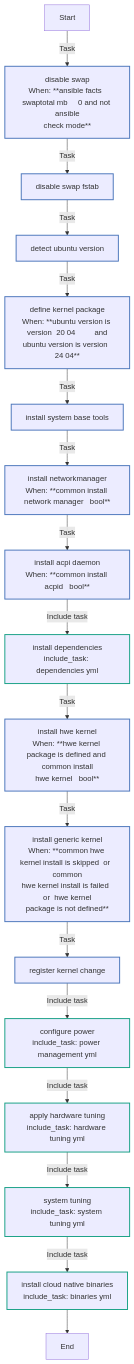
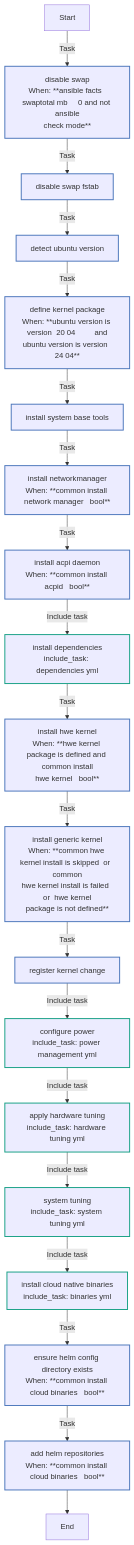
One commit to rou-cru/k3s-homelab changed the fourth of 7 diagrams in roles/common/README.md. Above: the diagram before and after it, drawn with Mermaid. The commit also changed other lines of this file and 26 other files, not shown here.

````diff
--- a/roles/common/README.md
+++ b/roles/common/README.md
@@ -619,29 +566,31 @@
 ```mermaid
 flowchart TD
 Start
 classDef block stroke:#3498db,stroke-width:2px;
 classDef task stroke:#4b76bb,stroke-width:2px;
 classDef includeTasks stroke:#16a085,stroke-width:2px;
 classDef importTasks stroke:#34495e,stroke-width:2px;
 classDef includeRole stroke:#2980b9,stroke-width:2px;
 classDef importRole stroke:#699ba7,stroke-width:2px;
 classDef includeVars stroke:#8e44ad,stroke-width:2px;
 classDef rescue stroke:#665352,stroke-width:2px;
 
   Start-->|Task| Disable_swap0[disable swap<br>When: **ansible facts  swaptotal mb     0 and not ansible<br>check mode**]:::task
   Disable_swap0-->|Task| Disable_swap__fstab_1[disable swap  fstab ]:::task
   Disable_swap__fstab_1-->|Task| Detect_Ubuntu_version2[detect ubuntu version]:::task
   Detect_Ubuntu_version2-->|Task| Define_kernel_package3[define kernel package<br>When: **ubuntu version is version  20 04         and<br>ubuntu version is version  24 04**]:::task
   Define_kernel_package3-->|Task| Install_system_base_tools4[install system base tools]:::task
   Install_system_base_tools4-->|Task| Install_NetworkManager5[install networkmanager<br>When: **common install network manager   bool**]:::task
   Install_NetworkManager5-->|Task| Install_ACPI_daemon6[install acpi daemon<br>When: **common install acpid   bool**]:::task
   Install_ACPI_daemon6-->|Include task| Install_dependencies_dependencies_yml_7[install dependencies<br>include_task: dependencies yml]:::includeTasks
   Install_dependencies_dependencies_yml_7-->|Task| Install_HWE_kernel8[install hwe kernel<br>When: **hwe kernel package is defined and common install<br>hwe kernel   bool**]:::task
   Install_HWE_kernel8-->|Task| Install_generic_kernel9[install generic kernel<br>When: **common hwe kernel install is skipped  or  common<br>hwe kernel install is failed  or  hwe kernel<br>package is not defined**]:::task
   Install_generic_kernel9-->|Task| Register_kernel_change10[register kernel change]:::task
   Register_kernel_change10-->|Include task| Configure_power_power_management_yml_11[configure power<br>include_task: power management yml]:::includeTasks
   Configure_power_power_management_yml_11-->|Include task| Apply_hardware_tuning_hardware_tuning_yml_12[apply hardware tuning<br>include_task: hardware tuning yml]:::includeTasks
   Apply_hardware_tuning_hardware_tuning_yml_12-->|Include task| System_Tuning_system_tuning_yml_13[system tuning<br>include_task: system tuning yml]:::includeTasks
   System_Tuning_system_tuning_yml_13-->|Include task| Install_Cloud_Native_Binaries_binaries_yml_14[install cloud native binaries<br>include_task: binaries yml]:::includeTasks
-  Install_Cloud_Native_Binaries_binaries_yml_14-->End
+  Install_Cloud_Native_Binaries_binaries_yml_14-->|Task| Ensure_Helm_config_directory_exists15[ensure helm config directory exists<br>When: **common install cloud binaries   bool**]:::task
+  Ensure_Helm_config_directory_exists15-->|Task| Add_Helm_Repositories16[add helm repositories<br>When: **common install cloud binaries   bool**]:::task
+  Add_Helm_Repositories16-->End
 ```
````
